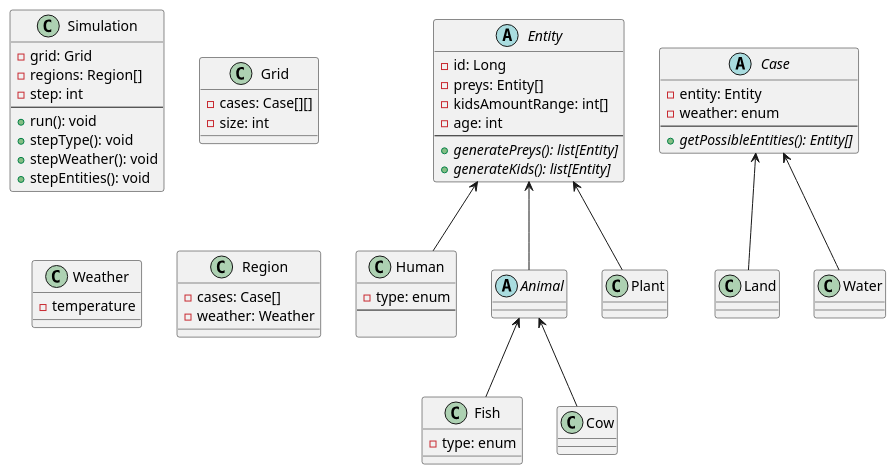
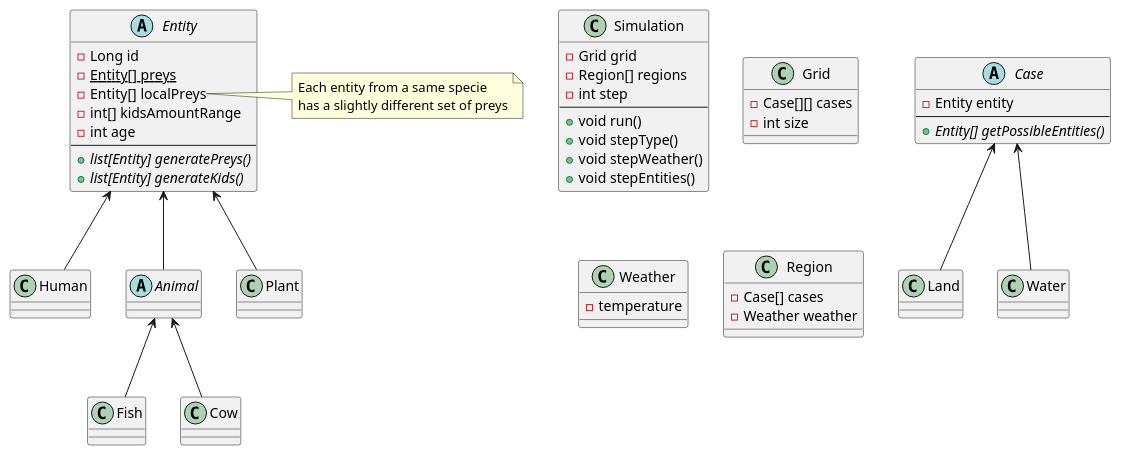
Before and after one commit to andriusezerskis/proj3-gr2b: the diagram in uml/class.wsd, drawn with PlantUML.

Commit message:
refactored class diagram

```diff
--- a/uml/class.wsd
+++ b/uml/class.wsd
@@ -1,86 +1,87 @@
 @startuml class diagram
 
 abstract class Entity {
-    -id: Long
-    -preys: Entity[]
-    -kidsAmountRange: int[]
-    -age: int
+    -Long id
+    -{static} Entity[] preys
+    -Entity[] localPreys
+    -int[] kidsAmountRange
+    -int age
     --
-    {abstract} +generatePreys(): list[Entity]
-    {abstract} +generateKids(): list[Entity]
+    +list[Entity] {abstract} generatePreys()
+    +list[Entity] {abstract} generateKids()
 }
 
 class Simulation {
-    -grid: Grid
-    -regions: Region[]
-    -step: int
+    -Grid grid
+    -Region[] regions
+    -int step
     --
-    +run(): void
-    +stepType(): void
-    +stepWeather(): void
-    +stepEntities(): void
+    +void run()
+    +void stepType()
+    +void stepWeather()
+    +void stepEntities()
 }
 
 class Grid {
-    -cases: Case[][]
-    -size: int
+    -Case[][] cases
+    -int size
 }
 
 abstract class Case {
-    -entity: Entity
-    -weather: enum
+    -Entity entity
     --
-    {abstract} +getPossibleEntities(): Entity[]
+    {abstract} +Entity[] getPossibleEntities()
 }
 
 class Land {
     
 }
 
 class Water {
     
 }
 
 class Weather {
     -temperature
-    
 }
 
 class Region {
-    -cases: Case[]
-    -weather: Weather
+    -Case[] cases
+    -Weather weather
 }
 
 
 class Fish {
-    -type: enum
+
 }
 
 class Human {
-    -type: enum
-    --
-    
+
 }
 
 abstract class Animal {
 
 }
 
 class Plant {
 }
 
 class Cow {
 }
 
 Entity <-- Human
 Entity <-- Animal
 Entity <-- Plant
 
 Animal <-- Fish
 Animal <-- Cow
 
 Case <-- Land
 Case <-- Water
 
+note right of Entity::localPreys
+    Each entity from a same specie
+    has a slightly different set of preys
+end note
 
 @enduml
```
